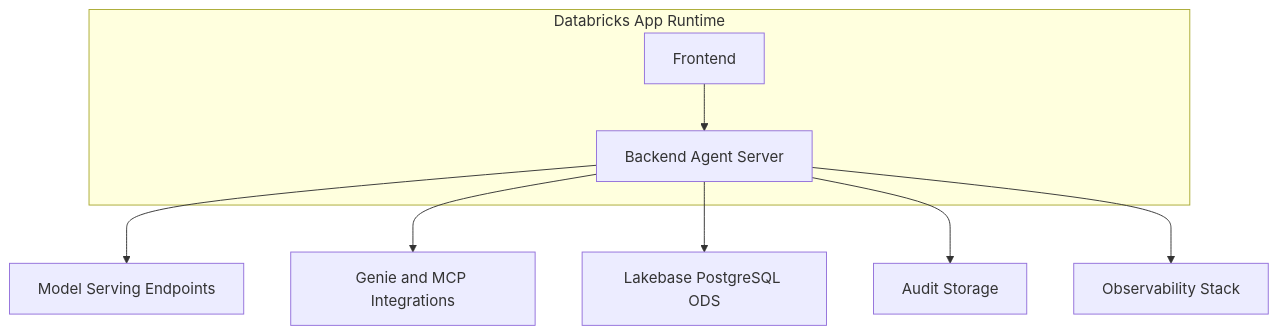
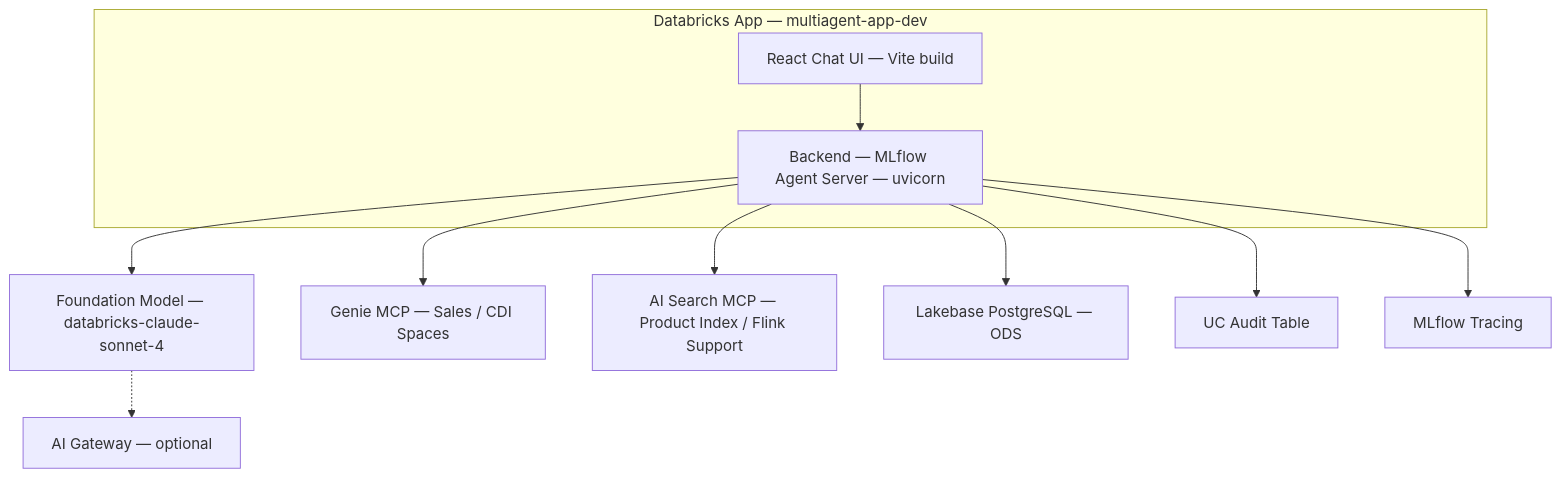
One commit to wchen-dea/Governed-Multi-Agent-Intelligence-on-Databricks changed diagram 13 of 15 in docs/architecture/design-artifacts/00-architecture-board-review.md. Above: the diagram before and after it, drawn with Mermaid. The commit also changed other lines of this file and 51 other files, not shown here.

````diff
--- a/docs/architecture/design-artifacts/00-architecture-board-review.md
+++ b/docs/architecture/design-artifacts/00-architecture-board-review.md
@@ -323,14 +298,16 @@
 ```mermaid
 flowchart TB
-    subgraph DatabricksApp[Databricks App Runtime]
-        FE[Frontend]
-        BE[Backend Agent Server]
+    subgraph DatabricksApp[Databricks App — multiagent-app-dev]
+        FE[React Chat UI — Vite build]
+        BE[Backend — MLflow Agent Server — uvicorn]
     end
 
     FE --> BE
-    BE --> MOD[Model Serving Endpoints]
-    BE --> GEN[Genie and MCP Integrations]
-    BE --> LB[Lakebase PostgreSQL ODS]
-    BE --> AUD[Audit Storage]
-    BE --> OBS[Observability Stack]
+    BE --> FM[Foundation Model — databricks-claude-sonnet-4]
+    FM -.-> AIGW[AI Gateway — optional]
+    BE --> GENIE[Genie MCP — Sales / CDI Spaces]
+    BE --> AIS[AI Search MCP — Product Index / Flink Support]
+    BE --> LB[Lakebase PostgreSQL — ODS]
+    BE --> AUD[UC Audit Table]
+    BE --> OBS[MLflow Tracing]
 ```
````
